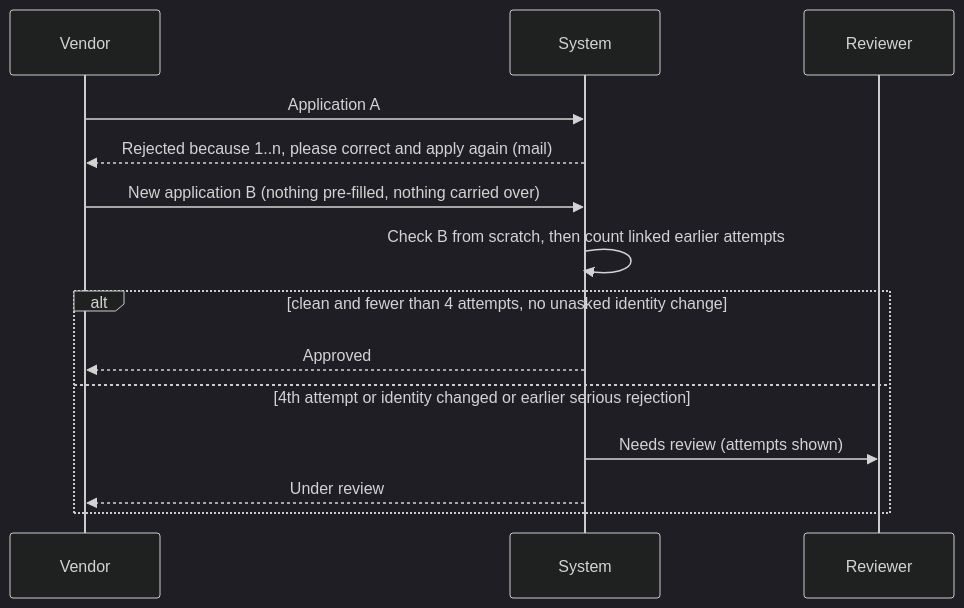
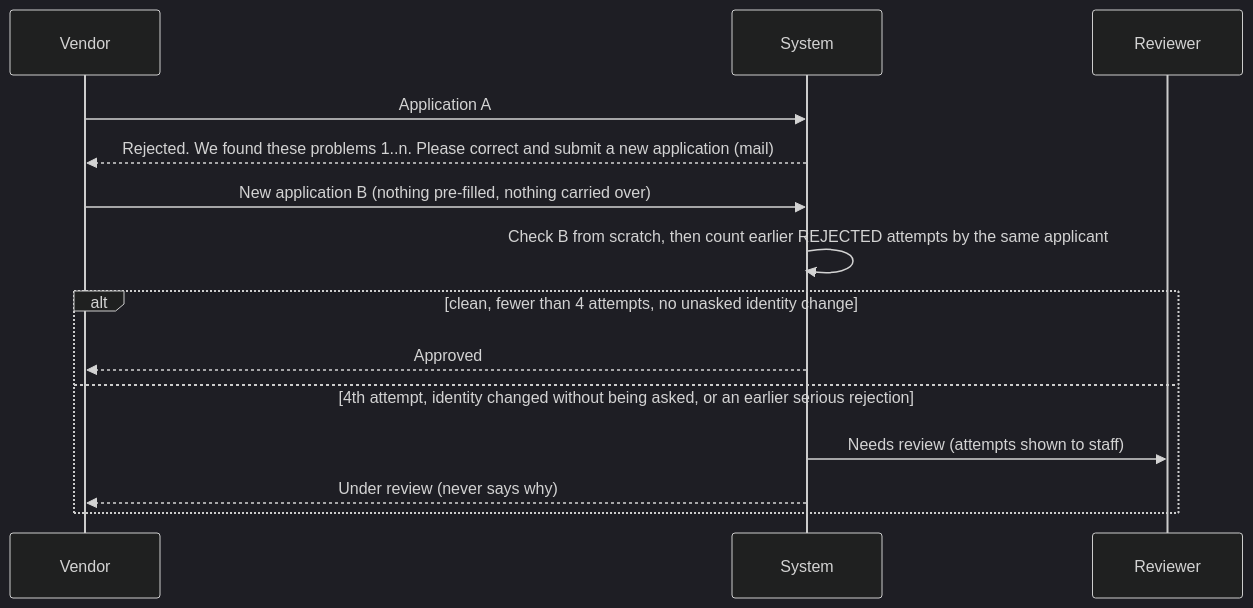
Before and after one commit to ShubhamK0802/vendor-onboarding-flask: the fourth of 6 diagrams in docs/WORKFLOW.md, drawn with Mermaid (dark theme). The commit also changed other lines of this file and 22 other files, not shown here.

First line of the commit message:
Already registered outcome, same-name-different-ID review, vendor view without internal detail, updated docs

````diff
--- a/docs/WORKFLOW.md
+++ b/docs/WORKFLOW.md
@@ -38,16 +57,16 @@
 ```mermaid
 sequenceDiagram
     participant V as Vendor
     participant S as System
     participant R as Reviewer
     V->>S: Application A
-    S-->>V: Rejected because 1..n, please correct and apply again (mail)
+    S-->>V: Rejected. We found these problems 1..n. Please correct and submit a new application (mail)
     V->>S: New application B (nothing pre-filled, nothing carried over)
-    S->>S: Check B from scratch, then count linked earlier attempts
-    alt clean and fewer than 4 attempts, no unasked identity change
+    S->>S: Check B from scratch, then count earlier REJECTED attempts by the same applicant
+    alt clean, fewer than 4 attempts, no unasked identity change
         S-->>V: Approved
-    else 4th attempt or identity changed or earlier serious rejection
-        S->>R: Needs review (attempts shown)
-        S-->>V: Under review
+    else 4th attempt, identity changed without being asked, or an earlier serious rejection
+        S->>R: Needs review (attempts shown to staff)
+        S-->>V: Under review (never says why)
     end
 ```
````
